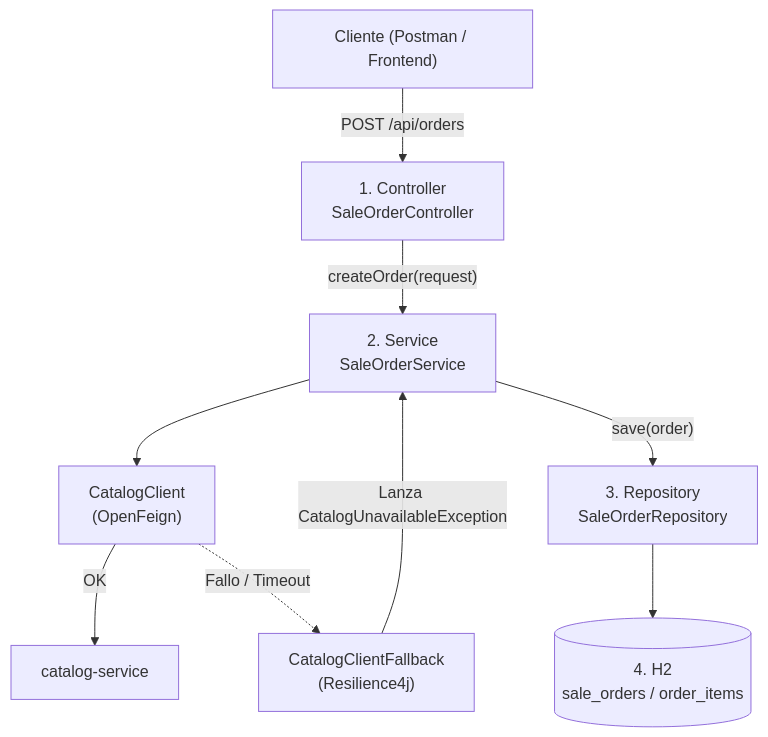
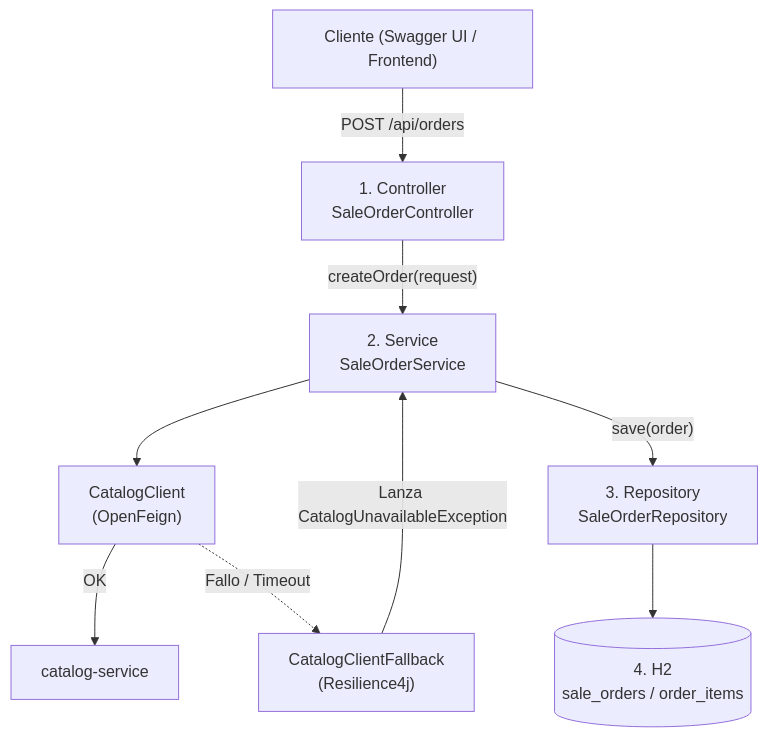
The second of 4 diagrams in README.md (Alger125/sales-service), drawn with Mermaid before and after one commit. The commit also changed other lines of this file and 3 other files, not shown here.

````diff
--- a/README.md
+++ b/README.md
@@ -127,19 +130,19 @@
 ```mermaid
 flowchart TB
-    C["Cliente (Postman / Frontend)"]
+    C["Cliente (Swagger UI / Frontend)"]
     CTRL["1. Controller<br/>SaleOrderController"]
     SVC["2. Service<br/>SaleOrderService"]
     FEIGN["CatalogClient<br/>(OpenFeign)"]
     FALLBACK["CatalogClientFallback<br/>(Resilience4j)"]
     REPO["3. Repository<br/>SaleOrderRepository"]
     DB[("4. H2<br/>sale_orders / order_items")]
     CAT["catalog-service"]
 
     C -->|"POST /api/orders"| CTRL
     CTRL -->|"createOrder(request)"| SVC
     SVC --> FEIGN
     FEIGN -->|"OK"| CAT
     FEIGN -.->|"Fallo / Timeout"| FALLBACK
     FALLBACK -->|"Lanza CatalogUnavailableException"| SVC
     SVC -->|"save(order)"| REPO --> DB
 ```
````
